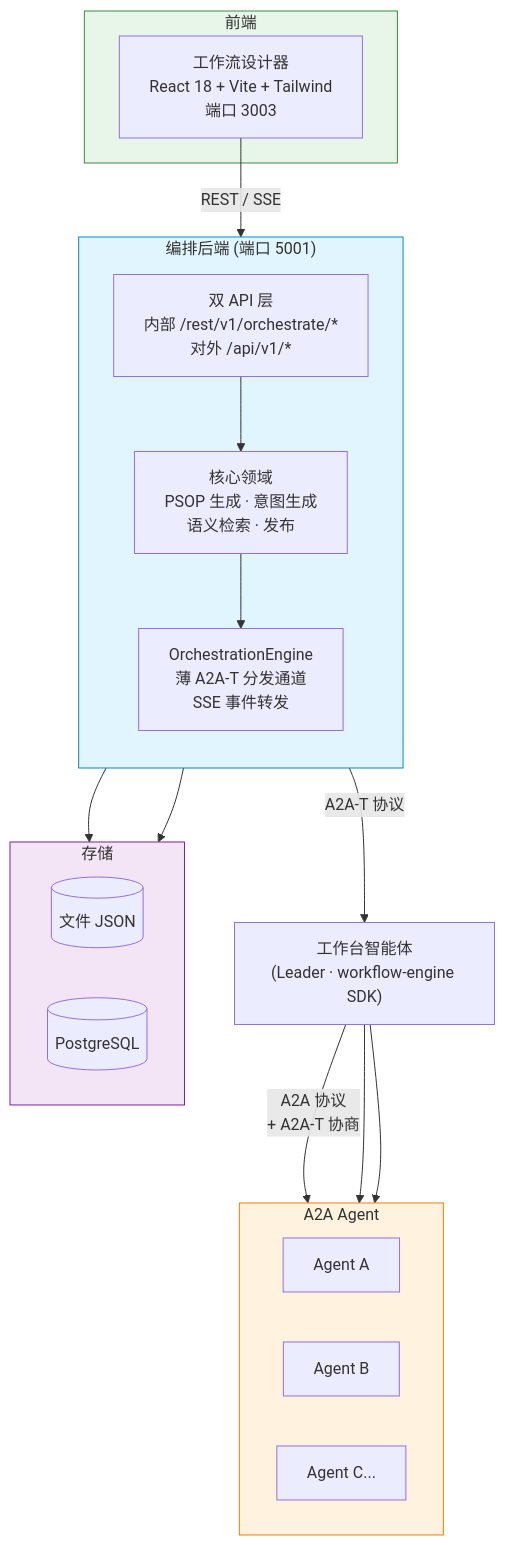
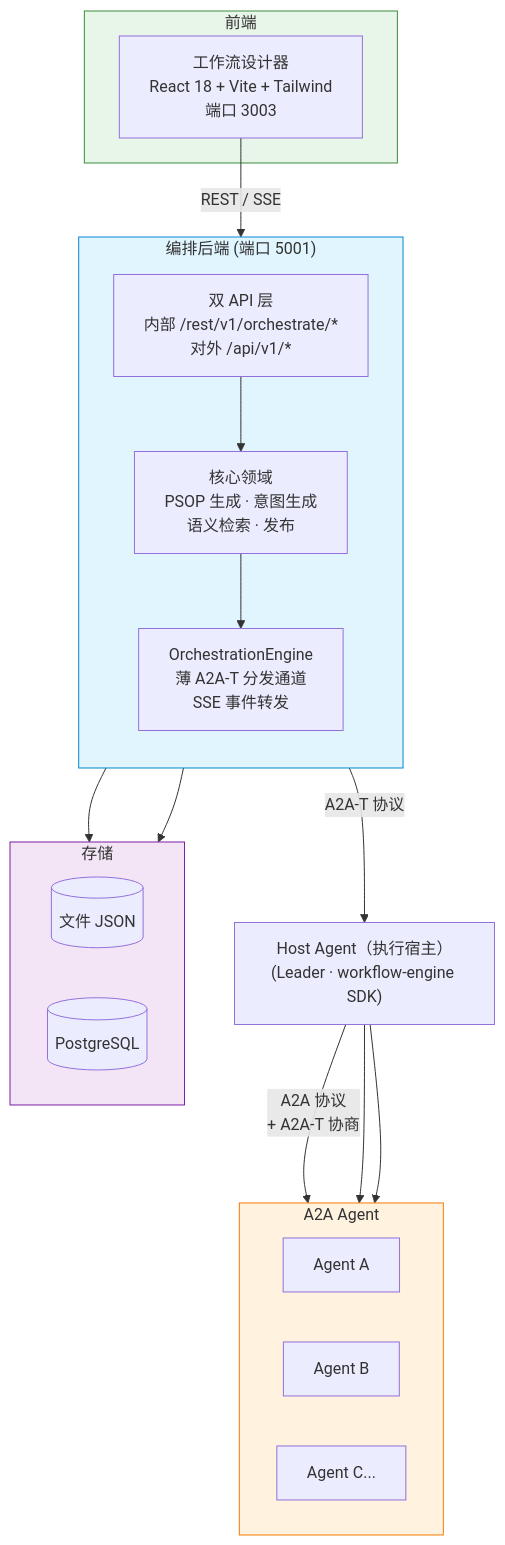
Before and after one commit to Wangyanlin1996/orchestration-center: the second of 2 diagrams in README_zh.md, drawn with Mermaid. The commit also changed other lines of this file and 13 other files, not shown here.

````diff
--- a/README_zh.md
+++ b/README_zh.md
@@ -193,41 +186,41 @@
 ```mermaid
 flowchart TB
     subgraph frontend["前端"]
         wd["工作流设计器<br/>React 18 + Vite + Tailwind<br/>端口 3003"]
     end
 
     subgraph backend["编排后端 (端口 5001)"]
         direction TB
         api["双 API 层<br/>内部 /rest/v1/orchestrate/*<br/>对外 /api/v1/*"]
         domain["核心领域<br/>PSOP 生成 · 意图生成<br/>语义检索 · 发布"]
         engine["OrchestrationEngine<br/>薄 A2A-T 分发通道<br/>SSE 事件转发"]
     end
 
     subgraph storage["存储"]
         direction LR
         file[("文件 JSON")]
         pg[("PostgreSQL")]
     end
 
     subgraph agents["A2A Agent"]
         direction LR
         a1["Agent A"]
         a2["Agent B"]
         a3["Agent C..."]
     end
 
     wd -->|"REST / SSE"| api
     api --> domain
     domain --> engine
     engine --> file
     engine --> pg
-    engine -->|"A2A-T 协议"| wb["工作台智能体<br/>(Leader · workflow-engine SDK)"]
+    engine -->|"A2A-T 协议"| wb["Host Agent（执行宿主）<br/>(Leader · workflow-engine SDK)"]
     wb -->|"A2A 协议<br/>+ A2A-T 协商"| a1
     wb --> a2
     wb --> a3
 
     style backend fill:#e1f5fe,stroke:#0288d1
     style frontend fill:#e8f5e9,stroke:#388e3c
     style storage fill:#f3e5f5,stroke:#7b1fa2
     style agents fill:#fff3e0,stroke:#f57c00
 ```
````
